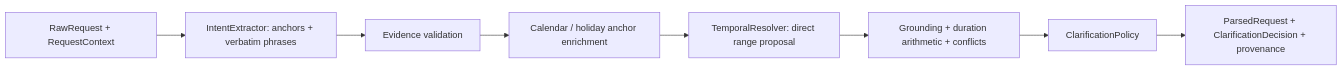
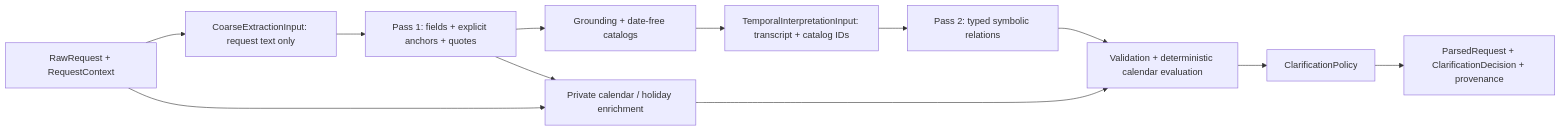
Before and after one commit to shawwwwnK/award-search-agent: the diagram in docs/architecture.md, drawn with Mermaid. The commit also changed other lines of this file and 50 other files, not shown here.

````diff
--- a/docs/architecture.md
+++ b/docs/architecture.md
@@ -35,13 +43,20 @@
 ```mermaid
 flowchart LR
     A["RawRequest + RequestContext"]
-    B["IntentExtractor: anchors + verbatim phrases"]
-    C["Evidence validation"]
-    D["Calendar / holiday anchor enrichment"]
-    E["TemporalResolver: direct range proposal"]
-    F["Grounding + duration arithmetic + conflicts"]
+    B["CoarseExtractionInput: request text only"]
+    C["Pass 1: fields + explicit anchors + quotes"]
+    D["Grounding + date-free catalogs"]
+    J["Private calendar / holiday enrichment"]
+    E["TemporalInterpretationInput: transcript + catalog IDs"]
+    F["Pass 2: typed symbolic relations"]
+    I["Validation + deterministic calendar evaluation"]
     G["ClarificationPolicy"]
     H["ParsedRequest + ClarificationDecision + provenance"]
 
-    A --> B --> C --> D --> E --> F --> G --> H
+    A --> B --> C --> D
+    A --> J
+    C --> J
+    D --> E
+    E --> F --> I
+    J --> I --> G --> H
 ```
````
